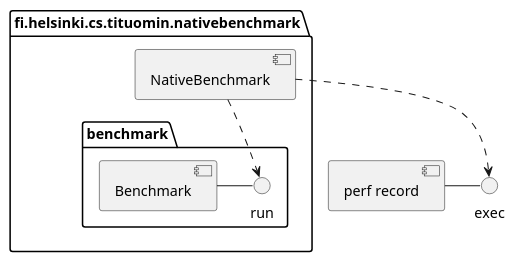
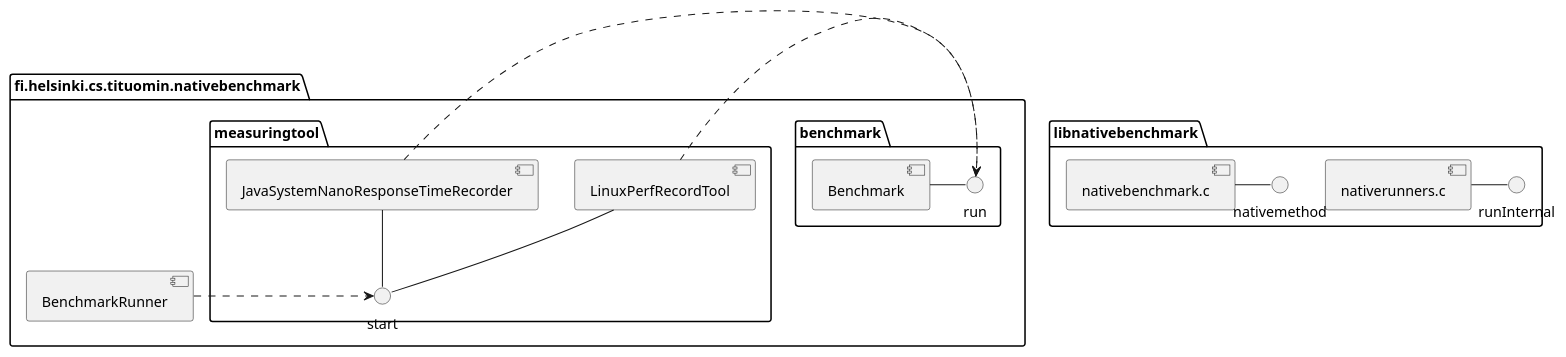
Before and after one commit to tituomin/gradu: the diagram in paper/src/figures/architecture-nativebenchmark.puml, drawn with PlantUML. The commit also changed 1 other file, not shown here.

Commit message:
WIP nativebenchmark internals

```diff
--- a/paper/src/figures/architecture-nativebenchmark.puml
+++ b/paper/src/figures/architecture-nativebenchmark.puml
@@ -1,10 +1,20 @@
 package "fi.helsinki.cs.tituomin.nativebenchmark" {
   package "benchmark" {
     () run
     [Benchmark]
     [Benchmark] - run
   }
-  [NativeBenchmark] ..> run
+  package "measuringtool" {
+    [JavaSystemNanoResponseTimeRecorder] -- () start
+    [LinuxPerfRecordTool] -- () start
+  }
+  [BenchmarkRunner] .> start
+  [LinuxPerfRecordTool] .> run
+  [JavaSystemNanoResponseTimeRecorder] .> run
 }
-[perf record] - exec
-[NativeBenchmark] ..> exec
+package "libnativebenchmark" {
+  [nativerunners.c] - runInternal
+  [nativebenchmark.c] - nativemethod
+}
+'[perf record] - exec
+'[LinuxPerfRecordTool] ..> exec
```
